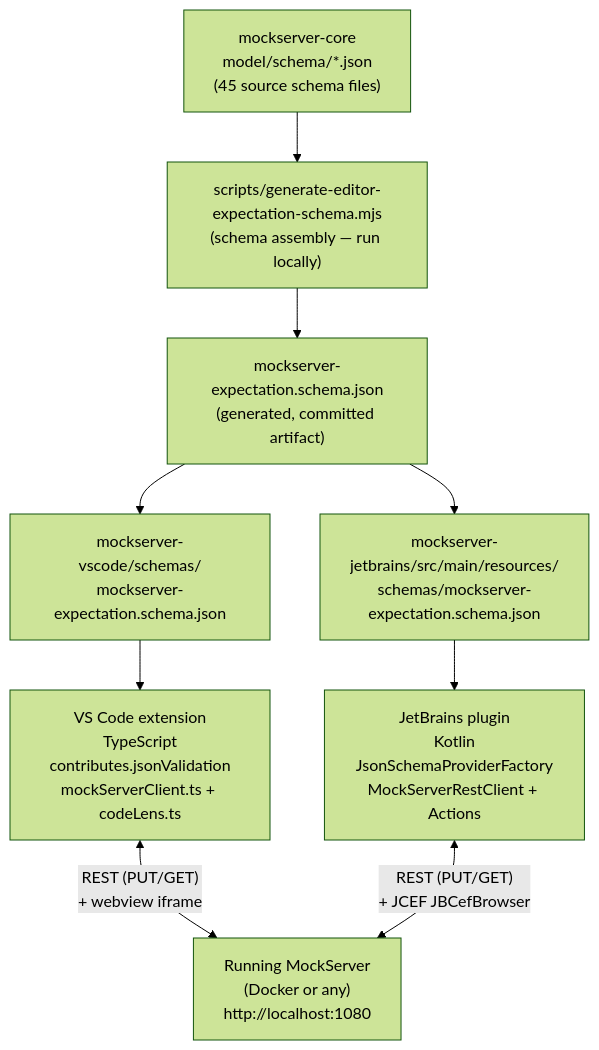
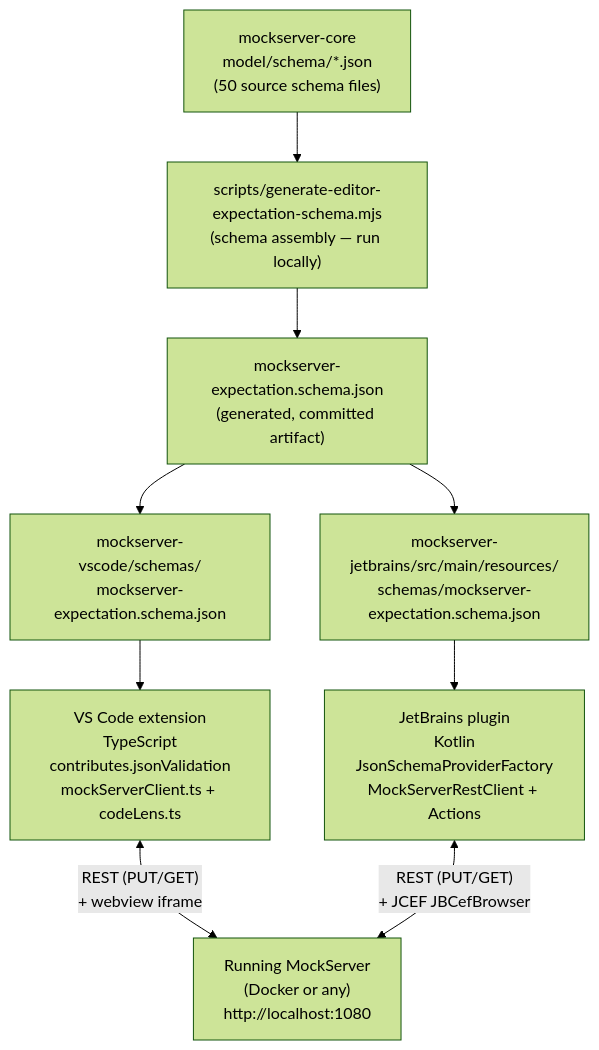
The diagram in docs/code/editor-extensions.md (sean8601/mockserver-monorepo), drawn with Mermaid (forest theme) before and after one commit. The commit also changed other lines of this file and 42 other files, not shown here.

````diff
--- a/docs/code/editor-extensions.md
+++ b/docs/code/editor-extensions.md
@@ -19,19 +19,19 @@
 ```mermaid
 flowchart TB
-    core["mockserver-core\nmodel/schema/*.json\n(45 source schema files)"]
+    core["mockserver-core\nmodel/schema/*.json\n(50 source schema files)"]
     gen["scripts/generate-editor-expectation-schema.mjs\n(schema assembly — run locally)"]
     schema["mockserver-expectation.schema.json\n(generated, committed artifact)"]
     vsc_schema["mockserver-vscode/schemas/\nmockserver-expectation.schema.json"]
     jb_schema["mockserver-jetbrains/src/main/resources/\nschemas/mockserver-expectation.schema.json"]
     vsc["VS Code extension\nTypeScript\ncontributes.jsonValidation\nmockServerClient.ts + codeLens.ts"]
     jb["JetBrains plugin\nKotlin\nJsonSchemaProviderFactory\nMockServerRestClient + Actions"]
     ms["Running MockServer\n(Docker or any)\nhttp://localhost:1080"]
 
     core --> gen --> schema
     schema --> vsc_schema
     schema --> jb_schema
     vsc_schema --> vsc
     jb_schema --> jb
     vsc <-->|"REST (PUT/GET)\n+ webview iframe"| ms
     jb <-->|"REST (PUT/GET)\n+ JCEF JBCefBrowser"| ms
 ```
````
